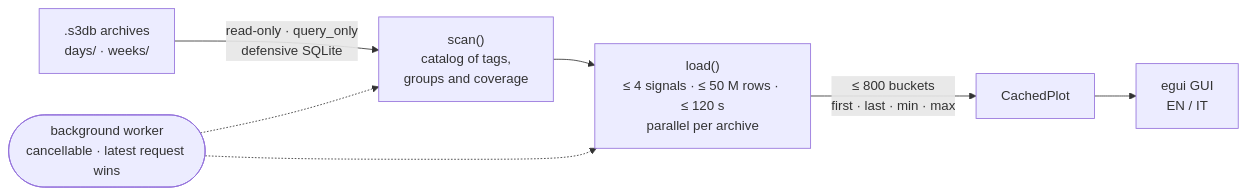
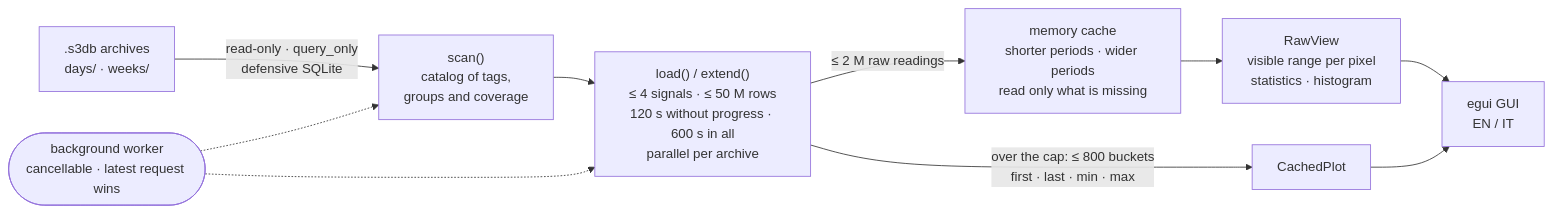
One commit to danieleb1861/vessel-trend-manager changed the diagram in README.md. Above: the diagram before and after it, drawn with Mermaid. The commit also changed other lines of this file and 2 other files, not shown here.

First line of the commit message:
Document raw readings, memory reuse and analysis tools

````diff
--- a/README.md
+++ b/README.md
@@ -115,9 +133,12 @@
 ```mermaid
 flowchart LR
     A[".s3db archives<br/>days/ · weeks/"] -->|"read-only · query_only<br/>defensive SQLite"| B["scan()<br/>catalog of tags,<br/>groups and coverage"]
-    B --> C["load()<br/>≤ 4 signals · ≤ 50 M rows · ≤ 120 s<br/>parallel per archive"]
-    C -->|"≤ 800 buckets<br/>first · last · min · max"| D["CachedPlot"]
+    B --> C["load() / extend()<br/>≤ 4 signals · ≤ 50 M rows<br/>120 s without progress · 600 s in all<br/>parallel per archive"]
+    C -->|"≤ 2 M raw readings"| R["memory cache<br/>shorter periods · wider periods<br/>read only what is missing"]
+    R --> D["RawView<br/>visible range per pixel<br/>statistics · histogram"]
+    C -->|"over the cap: ≤ 800 buckets<br/>first · last · min · max"| P["CachedPlot"]
     D --> E["egui GUI<br/>EN / IT"]
+    P --> E
     W(["background worker<br/>cancellable · latest request wins"]) -.-> B
     W -.-> C
 ```
````
